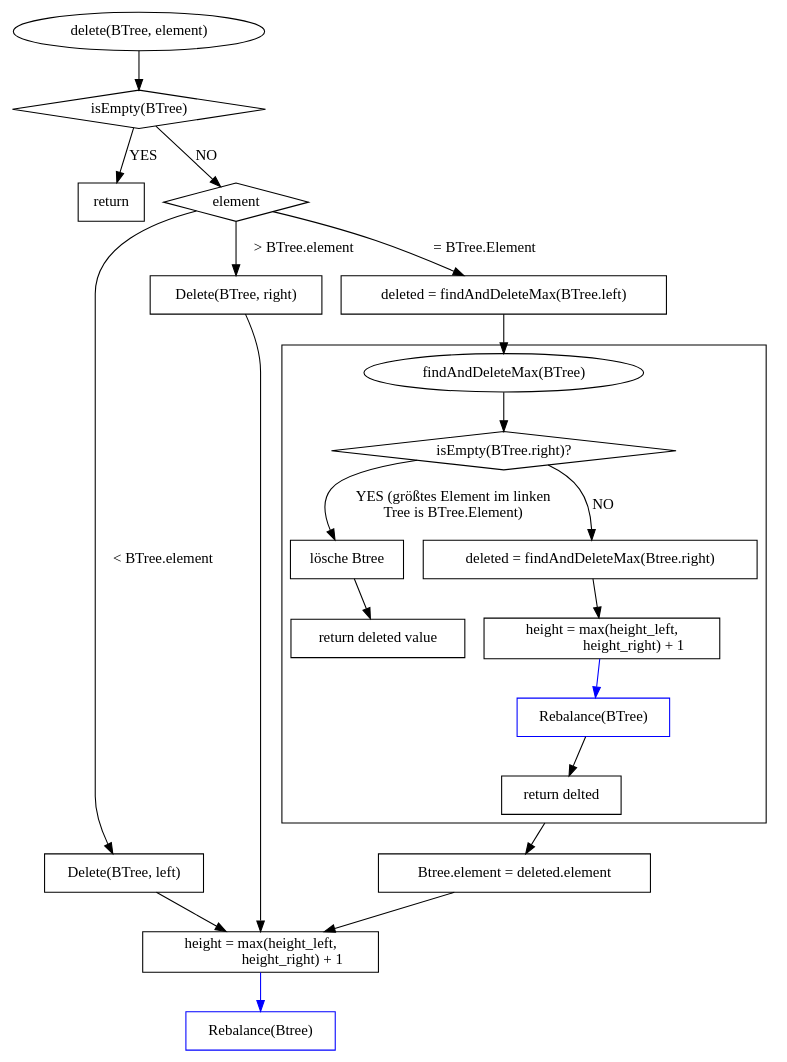
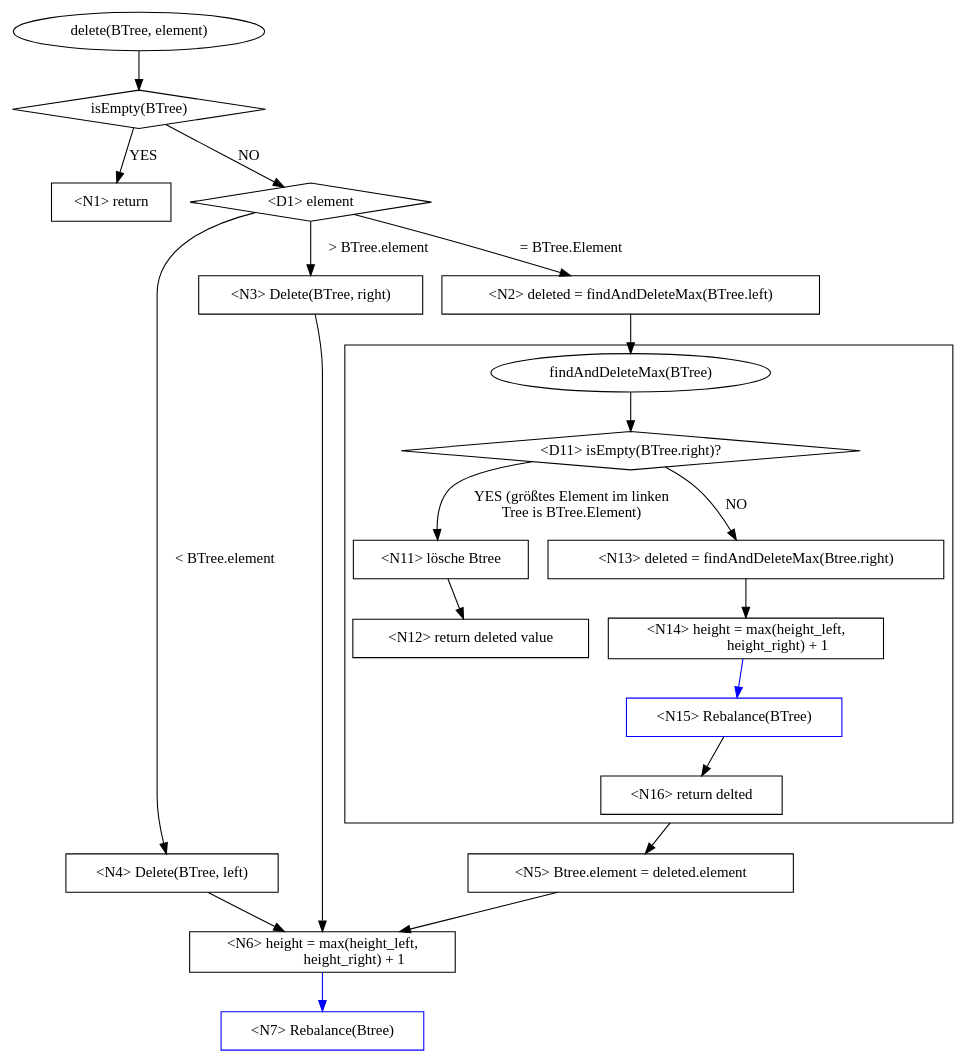
Before and after one commit to hugoppp-uni/Hausarbeit-Algorithmen-und-Datenstrukturen: the diagram in doc/graphviz/delete.gv, drawn with Graphviz. The commit also changed 7 other files, not shown here.

```diff
--- a/doc/graphviz/delete.gv
+++ b/doc/graphviz/delete.gv
@@ -1,62 +1,62 @@
 digraph Q {
 
     subgraph cluster1 {
 
         connectornode [ shape = point label = "" color = invis]
         node [shape = cirlce];
         compound = true;
 
         //insert
             cluster1_start [label = "findAndDeleteMax(BTree)" shape = ellipse];
         cluster1_start -> s_a2
-        s_a2 [label = "isEmpty(BTree.right)?" shape = diamond];
+        s_a2 [label = "<D11> isEmpty(BTree.right)?" shape = diamond];
         s_a2 -> s_a4 [label = "YES (größtes Element im linken\nTree is BTree.Element)"];
 
-        s_a4 [label = "lösche Btree"];
+        s_a4 [label = "<N11> lösche Btree"];
         s_a4 -> s_a41
-        s_a41 [label = "return deleted value"];
+        s_a41 [label = "<N12> return deleted value"];
         s_a2 -> s_a5 [label = "NO"];
-        s_a5 [label = "deleted = findAndDeleteMax(Btree.right)"];
+        s_a5 [label = "<N13> deleted = findAndDeleteMax(Btree.right)"];
         s_a5 -> s_a6;
-        s_a6 [label = "height = max(height_left,
+        s_a6 [label = "<N14> height = max(height_left,
                   height_right) + 1"];
         s_a6 -> rebalance [color = blue]
-        rebalance [label = "Rebalance(BTree)" color = blue]
+        rebalance [label = "<N15> Rebalance(BTree)" color = blue]
         rebalance -> cluster1_end;
-        cluster1_end [label = "return delted"];
+        cluster1_end [label = "<N16> return delted"];
     }
 
     node [shape = box];
     compound = true;
 
     a1 [label = "delete(BTree, element)" shape = ellipse];
     a1 -> a2;
     a2 [label = "isEmpty(BTree)" shape = diamond];
     a2 -> b2 [label = "YES"];
-    b2 [label = "return"];
+    b2 [label = "<N1> return"];
     a2 -> a3 [label = "NO"];
-    a3 [label = "element" shape = diamond];
+    a3 [label = "<D1> element" shape = diamond];
     a3 -> smaller [label = " < BTree.element"];
     a3 -> larger [label = " > BTree.element"];
 //    a4 [label = "element > BTree.element" shape = diamond];
 //    a4 -> larger [label = "YES"];
     a3 -> hilfs [label = "= BTree.Element"];
-    hilfs [label = "deleted = findAndDeleteMax(BTree.left)"];
+    hilfs [label = "<N2> deleted = findAndDeleteMax(BTree.left)"];
 //    hilfs -> a10;
 //    hilfs -> connectornode [lhead = cluster1]
     hilfs -> cluster1_start
     cluster1_end -> a10 [ltail = cluster1]
-    a10 [label = "Btree.element = deleted.element"];
+    a10 [label = "<N5> Btree.element = deleted.element"];
     a10 -> hohe;
-    hohe [label = "height = max(height_left,
+    hohe [label = "<N6> height = max(height_left,
                   height_right) + 1"];
 
-    smaller [label = "Delete(BTree, left)"] smaller -> hohe;
-    larger [label = "Delete(BTree, right)"] larger -> hohe;
+    smaller [label = "<N4> Delete(BTree, left)"] smaller -> hohe;
+    larger [label = "<N3> Delete(BTree, right)"] larger -> hohe;
 
-    checkBalance [label = "Rebalance(Btree)" color = blue];
+    checkBalance [label = "<N7> Rebalance(Btree)" color = blue];
 
     hohe -> checkBalance [color = blue];
 
 
 }
```
